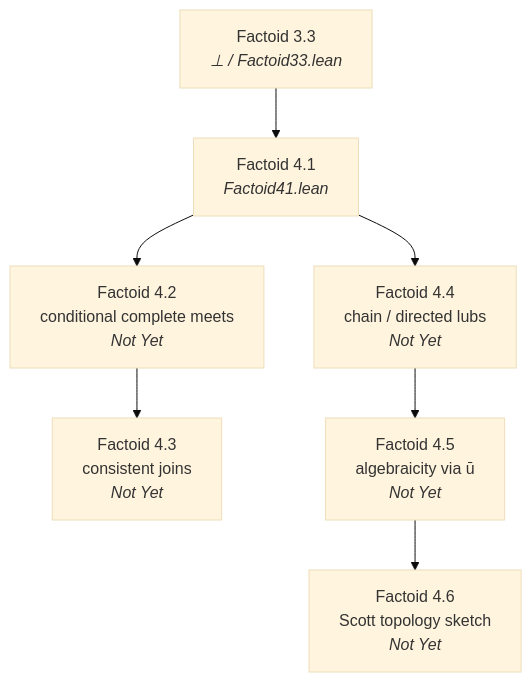
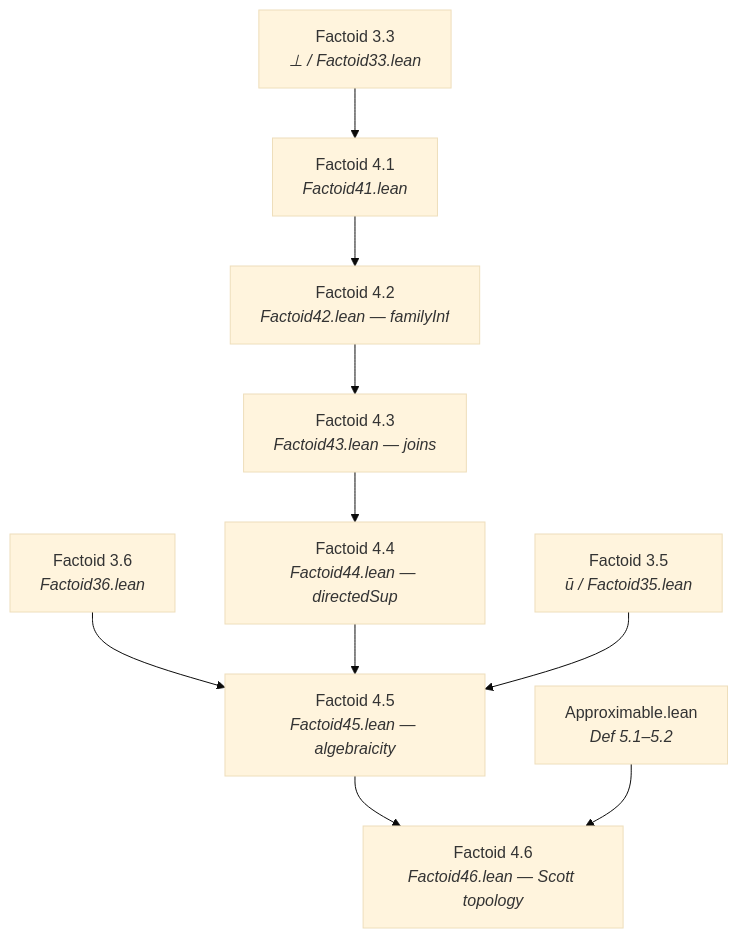
The sixth of 10 diagrams in arxiv.md (catskillsresearch/scott1982), drawn with Mermaid (base theme) before and after one commit. The commit also changed other lines of this file and 7 other files, not shown here.

First line of the commit message:
Complete Factoids 4.2–4.6: meets, joins, cpo, algebraicity, Scott topology.

````diff
--- a/arxiv.md
+++ b/arxiv.md
@@ -304,14 +306,19 @@
 ```mermaid
 flowchart TD
   F33["Factoid 3.3<br/><i>⊥ / Factoid33.lean</i>"]
+  F35["Factoid 3.5<br/><i>ū / Factoid35.lean</i>"]
+  F36["Factoid 3.6<br/><i>Factoid36.lean</i>"]
   F41["Factoid 4.1<br/><i>Factoid41.lean</i>"]
-  F42["Factoid 4.2<br/>conditional complete meets<br/><i>Not Yet</i>"]
-  F43["Factoid 4.3<br/>consistent joins<br/><i>Not Yet</i>"]
-  F44["Factoid 4.4<br/>chain / directed lubs<br/><i>Not Yet</i>"]
-  F45["Factoid 4.5<br/>algebraicity via ū<br/><i>Not Yet</i>"]
-  F46["Factoid 4.6<br/>Scott topology sketch<br/><i>Not Yet</i>"]
-  F33 --> F41
-  F41 --> F42 --> F43
-  F41 --> F44 --> F45
+  F42["Factoid 4.2<br/><i>Factoid42.lean — familyInf</i>"]
+  F43["Factoid 4.3<br/><i>Factoid43.lean — joins</i>"]
+  F44["Factoid 4.4<br/><i>Factoid44.lean — directedSup</i>"]
+  F45["Factoid 4.5<br/><i>Factoid45.lean — algebraicity</i>"]
+  F46["Factoid 4.6<br/><i>Factoid46.lean — Scott topology</i>"]
+  Ap["Approximable.lean<br/><i>Def 5.1–5.2</i>"]
+  F33 --> F41 --> F42 --> F43 --> F44
+  F36 --> F45
+  F44 --> F45
+  F35 --> F45
   F45 --> F46
+  Ap --> F46
 ```
````
